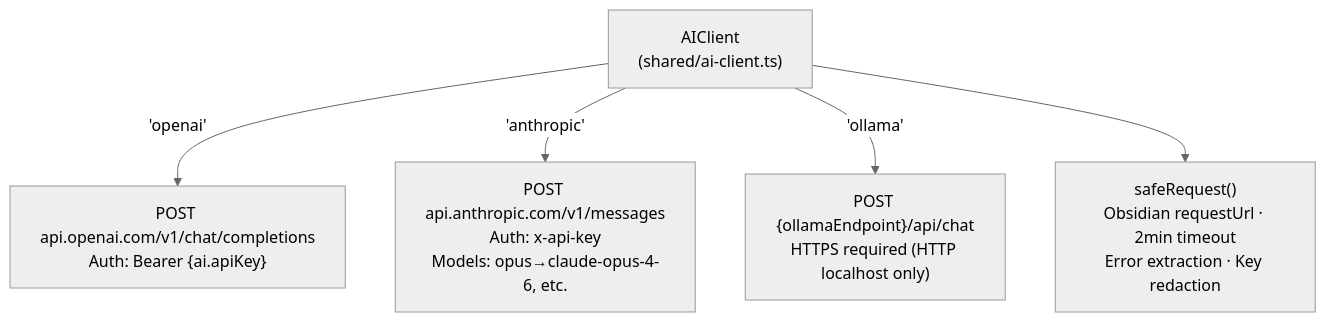
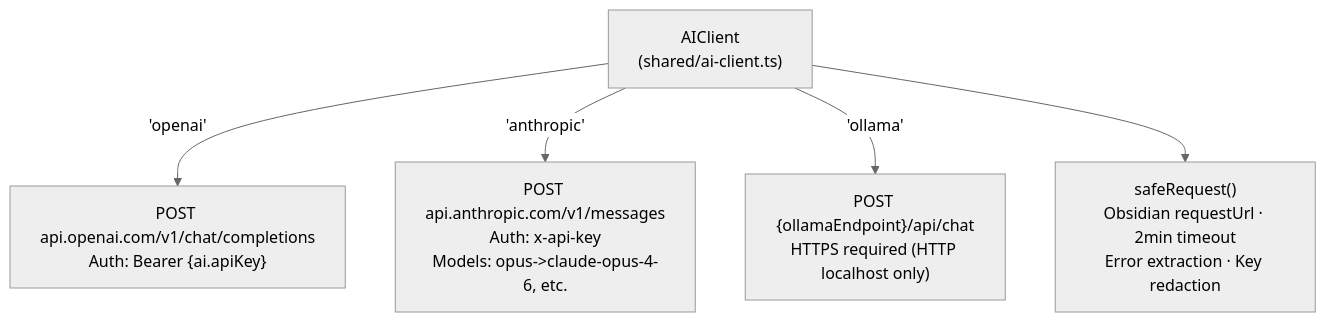
One commit to dustinkeeton/obsidian-synapse changed the ninth of 9 diagrams in ARCHITECTURE.md. Above: the diagram before and after it, drawn with Mermaid (neutral theme). The commit also changed other lines of this file and 15 other files, not shown here.

First line of the commit message:
chore: codebase audit — architecture fixes and docs refresh (#158)

````diff
--- a/ARCHITECTURE.md
+++ b/ARCHITECTURE.md
@@ -463,10 +508,10 @@
 ```mermaid
 graph TB
     AIC["AIClient<br/>(shared/ai-client.ts)"]
 
     AIC -->|"'openai'"| OAI["POST api.openai.com/v1/chat/completions<br/>Auth: Bearer {ai.apiKey}"]
-    AIC -->|"'anthropic'"| ANT["POST api.anthropic.com/v1/messages<br/>Auth: x-api-key<br/>Models: opus→claude-opus-4-6, etc."]
+    AIC -->|"'anthropic'"| ANT["POST api.anthropic.com/v1/messages<br/>Auth: x-api-key<br/>Models: opus->claude-opus-4-6, etc."]
     AIC -->|"'ollama'"| OLL["POST {ollamaEndpoint}/api/chat<br/>HTTPS required (HTTP localhost only)"]
 
     AIC --> Safe["safeRequest()<br/>Obsidian requestUrl · 2min timeout<br/>Error extraction · Key redaction"]
 ```
````
